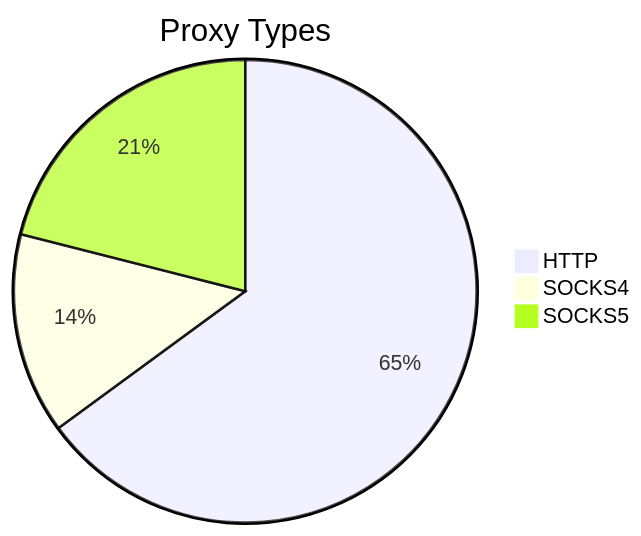
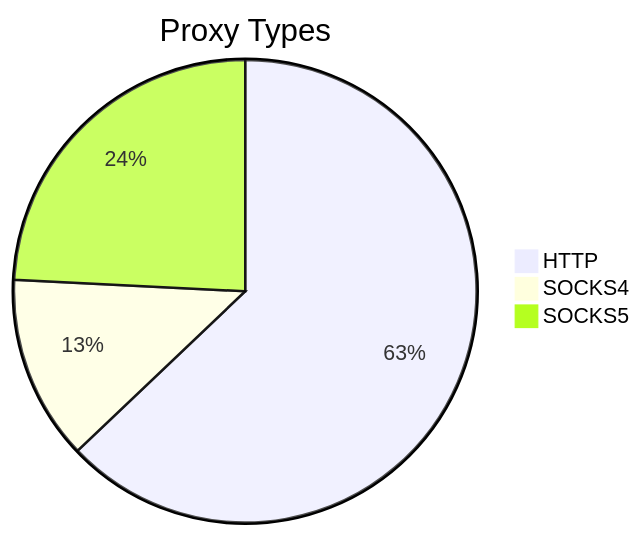
The first of 2 diagrams in README.md (stormsia/proxy-list), drawn with Mermaid before and after one commit. The commit also changed other lines of this file, not shown here.

````diff
--- a/README.md
+++ b/README.md
@@ -21,6 +21,6 @@
 ```mermaid
 pie title Proxy Types
-    "HTTP" : 426
-    "SOCKS4" : 92
-    "SOCKS5" : 138
+    "HTTP" : 356
+    "SOCKS4" : 73
+    "SOCKS5" : 137
 ```
````
